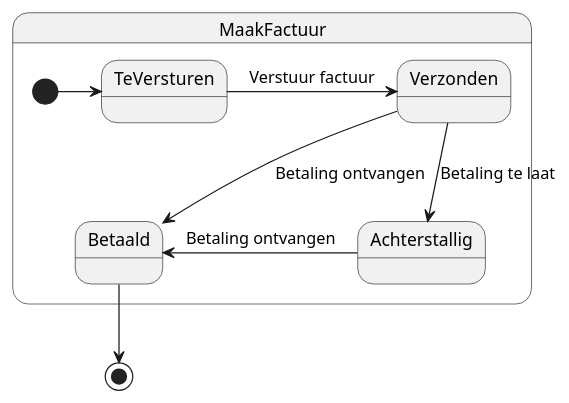
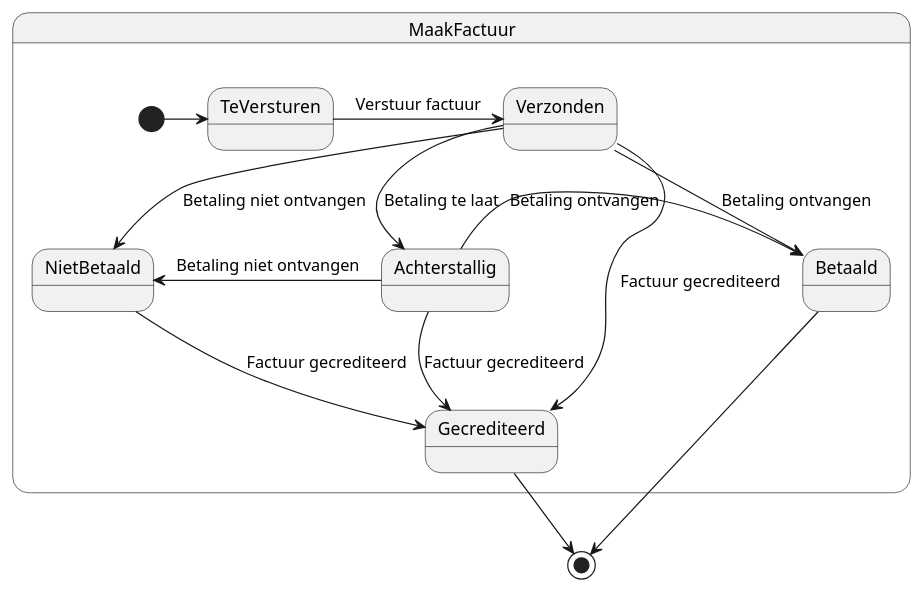
Before and after one commit to florisz/BerghAdmin: the diagram in Doc/Diagrams/FactuurStatusDiagram.puml, drawn with PlantUML.

Commit message:
State diagram van factuur afhandeling volledig gemaakt

```diff
--- a/Doc/Diagrams/FactuurStatusDiagram.puml
+++ b/Doc/Diagrams/FactuurStatusDiagram.puml
@@ -1,13 +1,19 @@
 @startuml
 
 state MaakFactuur {
     [*] -right-> TeVersturen
     TeVersturen -right-> Verzonden : Verstuur factuur
-    Verzonden --> Betaald : Betaling ontvangen
-    Verzonden --> Achterstallig : Betaling te laat
-    Achterstallig -left-> Betaald : Betaling ontvangen
+    Verzonden -down-> Betaald : Betaling ontvangen
+    Verzonden -down-> Achterstallig : Betaling te laat
+    Verzonden -down-> NietBetaald : Betaling niet ontvangen
+    Achterstallig -right-> Betaald : Betaling ontvangen
+    Achterstallig -left-> NietBetaald : Betaling niet ontvangen
+    Achterstallig -down-> Gecrediteerd : Factuur gecrediteerd
+    Verzonden --> Gecrediteerd : Factuur gecrediteerd
+    NietBetaald -down-> Gecrediteerd : Factuur gecrediteerd
 }
 
-Betaald --> [*]
+Betaald --> [*] 
+Gecrediteerd --> [*]
 
 @enduml
```
